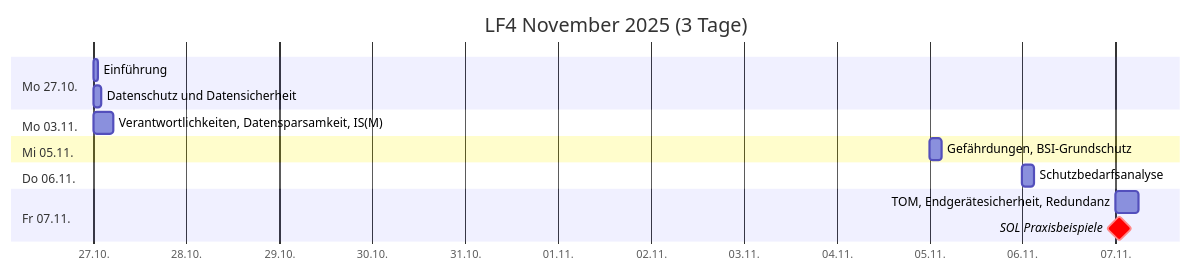
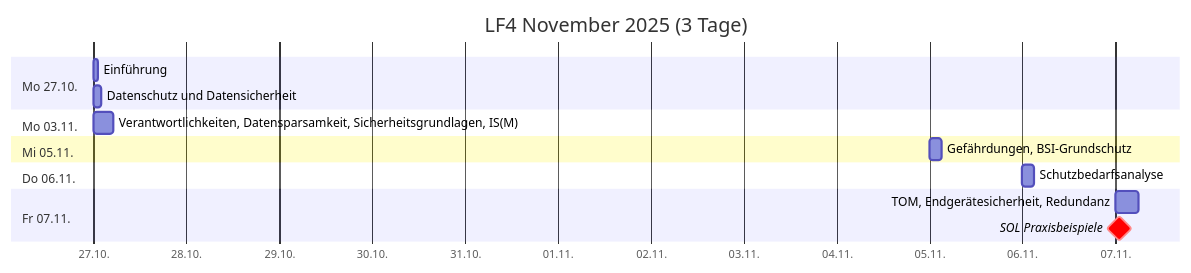
The first of 4 diagrams in src/plan.md (johannesloetzsch/LF4), drawn with Mermaid before and after one commit. The commit also changed 5 other files, not shown here.

````diff
--- a/src/plan.md
+++ b/src/plan.md
@@ -7,18 +7,18 @@
 ```mermaid
 gantt
  title LF4 November 2025 (3 Tage)
  dateFormat YYYY-MM-DD
  axisFormat %d.%m.
  section Mo 27.10.
   Einführung                      :2025-10-27, 1h
   Datenschutz und Datensicherheit :2025-10-27, 2h
  section Mo 03.11.
-  Verantwortlichkeiten, Datensparsamkeit, IS(M) :2025-10-27, 5h
+  Verantwortlichkeiten, Datensparsamkeit, Sicherheitsgrundlagen, IS(M) :2025-10-27, 5h
  section Mi 05.11.
   Gefährdungen, BSI-Grundschutz   :2025-11-05, 3h
  section Do 06.11.
   Schutzbedarfsanalyse            :2025-11-06, 3h
  section Fr 07.11.
   TOM, Endgerätesicherheit, Redundanz  :2025-11-07, 6h
   SOL Praxisbeispiele             :crit, milestone, 2025-11-07, 2h
 ```
````
